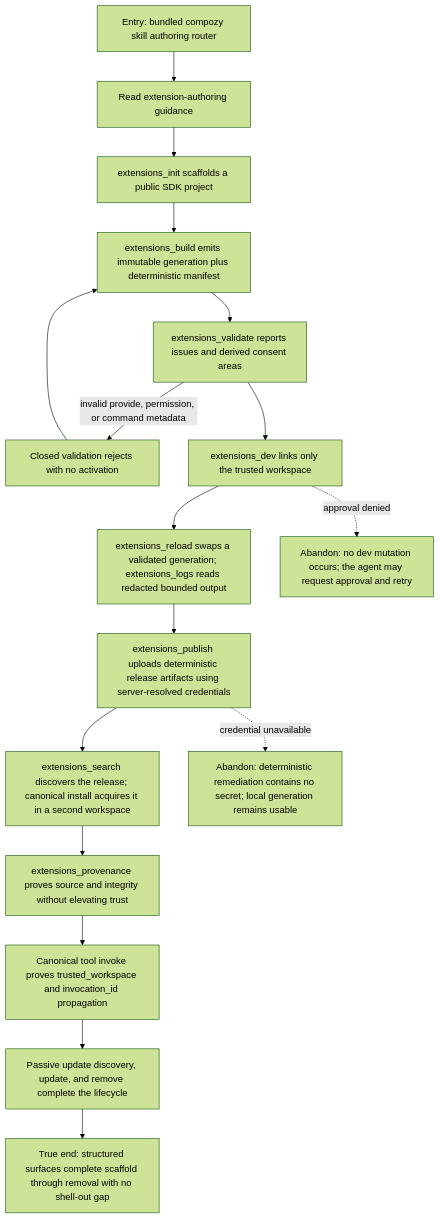
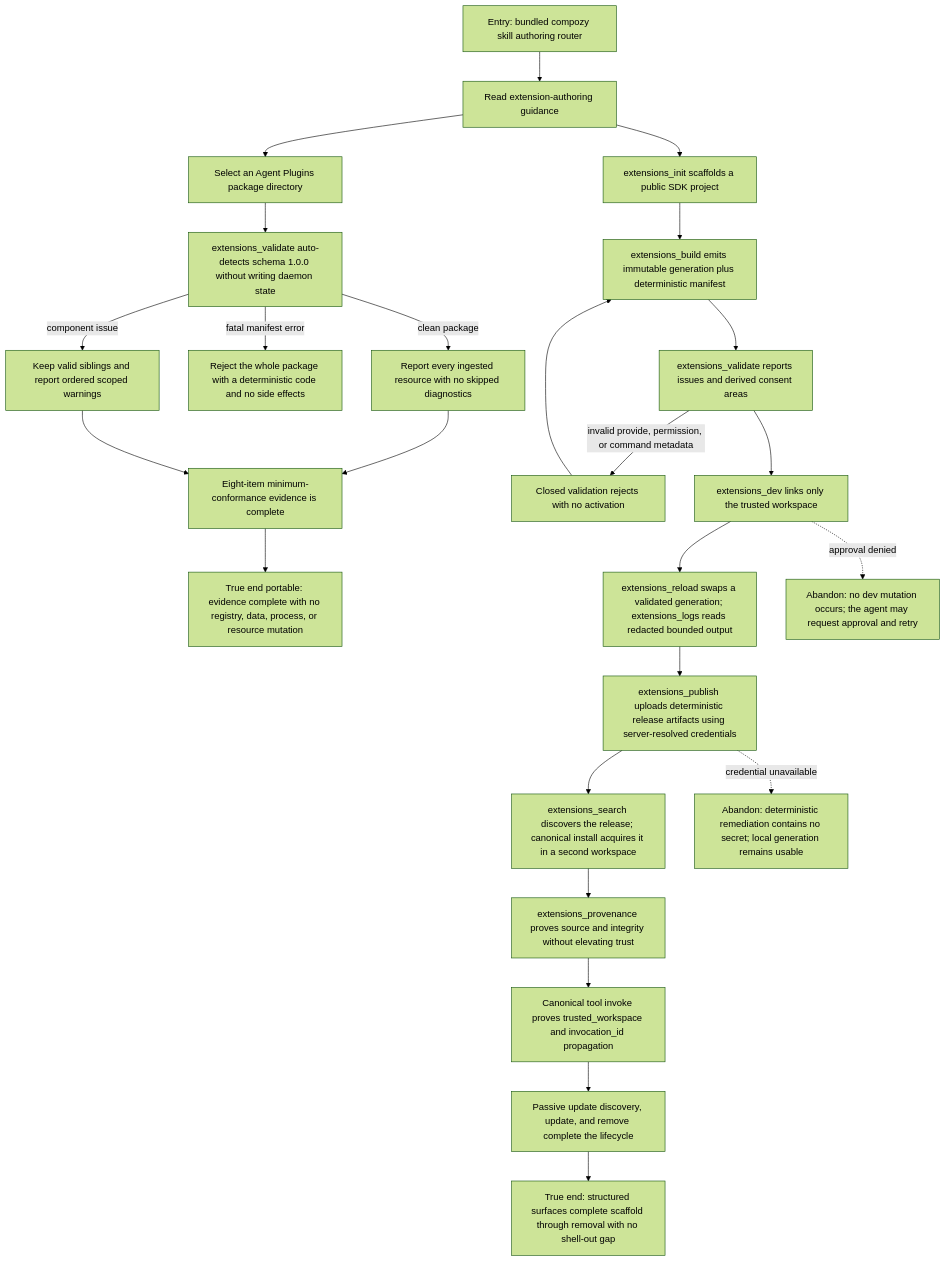
Before and after one commit to compozy/compozy: the diagram in docs/qa/journeys/J-extension-agent-authoring.md, drawn with Mermaid (forest theme). The commit also changed other lines of this file and 379 other files, not shown here.

First line of the commit message:
feat: add Agent Plugins ingestion to extensions (#419)

````diff
--- a/docs/qa/journeys/J-extension-agent-authoring.md
+++ b/docs/qa/journeys/J-extension-agent-authoring.md
@@ -7,19 +7,27 @@
 ```mermaid
 flowchart TD
   A[Entry: bundled compozy skill authoring router] --> B[Read extension-authoring guidance]
   B --> C[extensions_init scaffolds a public SDK project]
   C --> D[extensions_build emits immutable generation plus deterministic manifest]
   D --> E[extensions_validate reports issues and derived consent areas]
+  B --> P[Select an Agent Plugins package directory]
+  P --> P1[extensions_validate auto-detects schema 1.0.0 without writing daemon state]
+  P1 -->|fatal manifest error| P2[Reject the whole package with a deterministic code and no side effects]
+  P1 -->|component issue| P3[Keep valid siblings and report ordered scoped warnings]
+  P1 -->|clean package| P3A[Report every ingested resource with no skipped diagnostics]
+  P3A --> P4
+  P3 --> P4[Eight-item minimum-conformance evidence is complete]
+  P4 --> ZP[True end portable: evidence complete with no registry, data, process, or resource mutation]
   E -->|invalid provide, permission, or command metadata| E1[Closed validation rejects with no activation]
   E1 --> D
   E --> F[extensions_dev links only the trusted workspace]
   F --> G[extensions_reload swaps a validated generation; extensions_logs reads redacted bounded output]
   G --> H[extensions_publish uploads deterministic release artifacts using server-resolved credentials]
   H --> I[extensions_search discovers the release; canonical install acquires it in a second workspace]
   I --> J[extensions_provenance proves source and integrity without elevating trust]
   J --> K[Canonical tool invoke proves trusted_workspace and invocation_id propagation]
   K --> L[Passive update discovery, update, and remove complete the lifecycle]
   F -.->|approval denied| X1[Abandon: no dev mutation occurs; the agent may request approval and retry]
   H -.->|credential unavailable| X2[Abandon: deterministic remediation contains no secret; local generation remains usable]
   L --> Z[True end: structured surfaces complete scaffold through removal with no shell-out gap]
 ```
````
